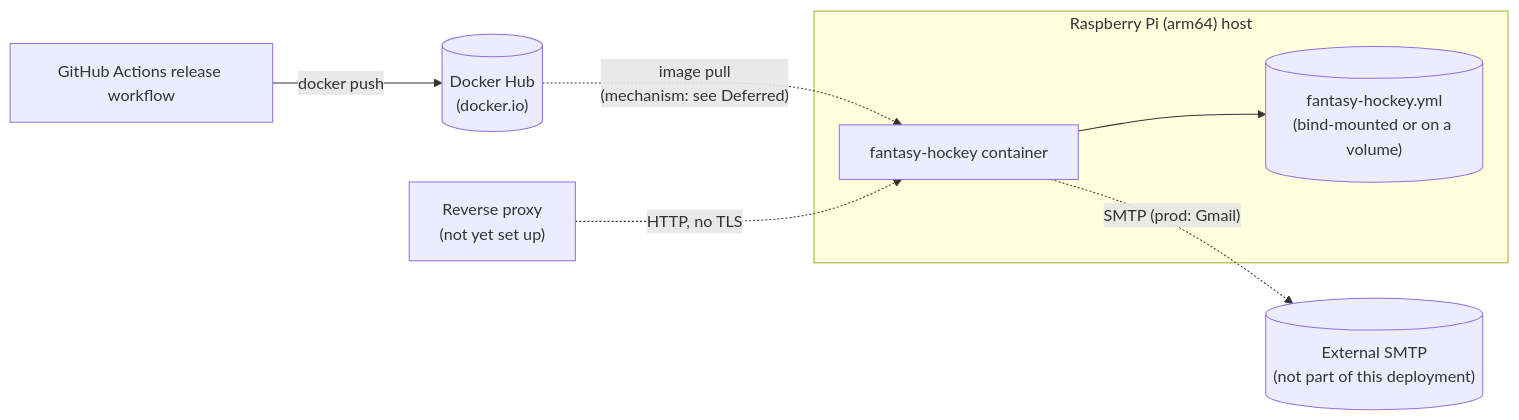
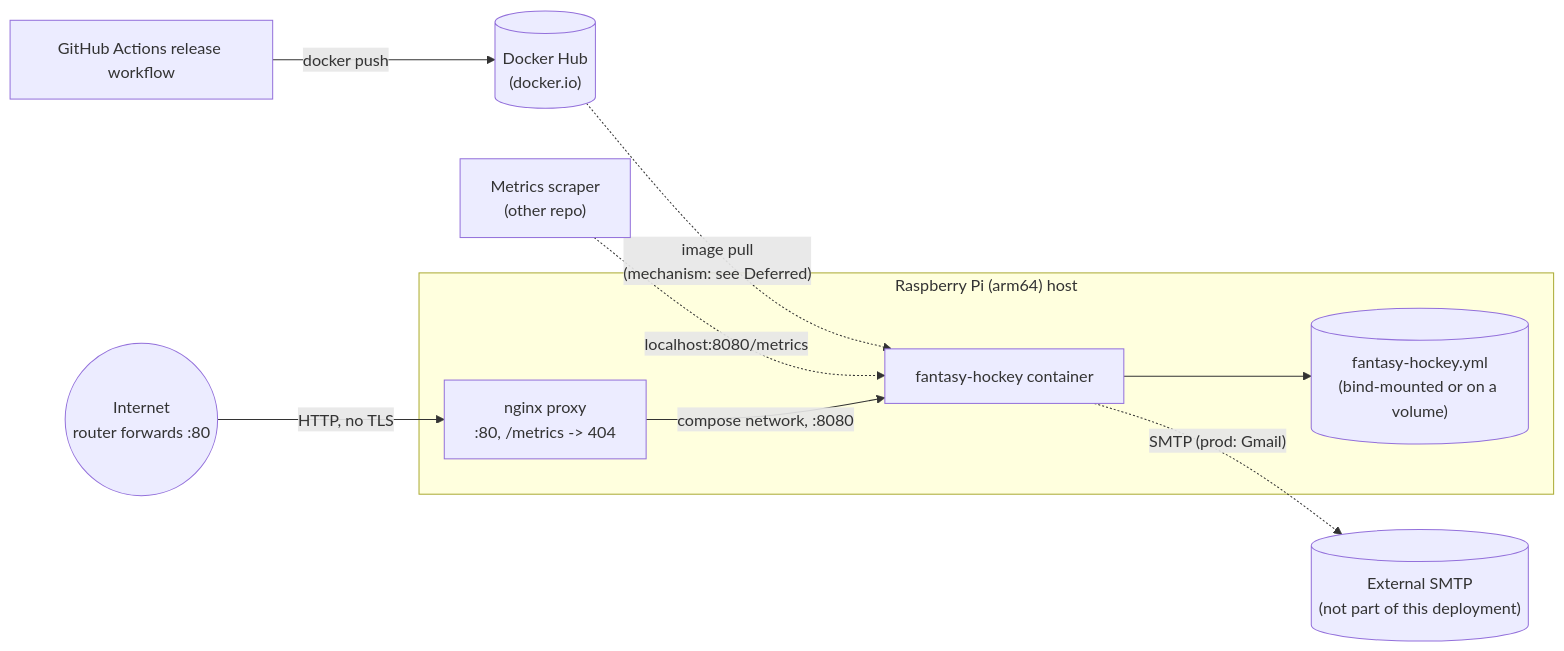
The second of 2 diagrams in _bmad-output/planning-artifacts/architecture/architecture-fantasy-hockey-2026-09-14/ARCHITECTURE-SPINE.md (sommerfeld-io/fantasy-hockey), drawn with Mermaid before and after one commit. The commit also changed other lines of this file and 4 other files, not shown here.

First line of the commit message:
docs(architecture): add reverse proxy and observability decisions for Epic 9

````diff
--- a/_bmad-output/planning-artifacts/architecture/architecture-fantasy-hockey-2026-09-14/ARCHITECTURE-SPINE.md
+++ b/_bmad-output/planning-artifacts/architecture/architecture-fantasy-hockey-2026-09-14/ARCHITECTURE-SPINE.md
@@ -270,14 +318,16 @@
 ```mermaid
 graph LR
     ci["GitHub Actions release workflow"] -- "docker push" --> hub[("Docker Hub<br/>(docker.io)")]
     hub -. "image pull<br/>(mechanism: see Deferred)" .-> web
-    proxy["Reverse proxy<br/>(not yet set up)"] -. "HTTP, no TLS" .-> web
+    internet(("Internet<br/>router forwards :80")) -- "HTTP, no TLS" --> proxy
+    scraper["Metrics scraper<br/>(other repo)"] -. "localhost:8080/metrics" .-> web
 
     subgraph host["Raspberry Pi (arm64) host"]
+        proxy["nginx proxy<br/>:80, /metrics -> 404"] -- "compose network, :8080" --> web
         web["fantasy-hockey container"]
         vol[("fantasy-hockey.yml<br/>(bind-mounted or on a volume)")]
     end
 
     web --> vol
     web -. "SMTP (prod: Gmail)" .-> smtp[("External SMTP<br/>(not part of this deployment)")]
 ```
````
